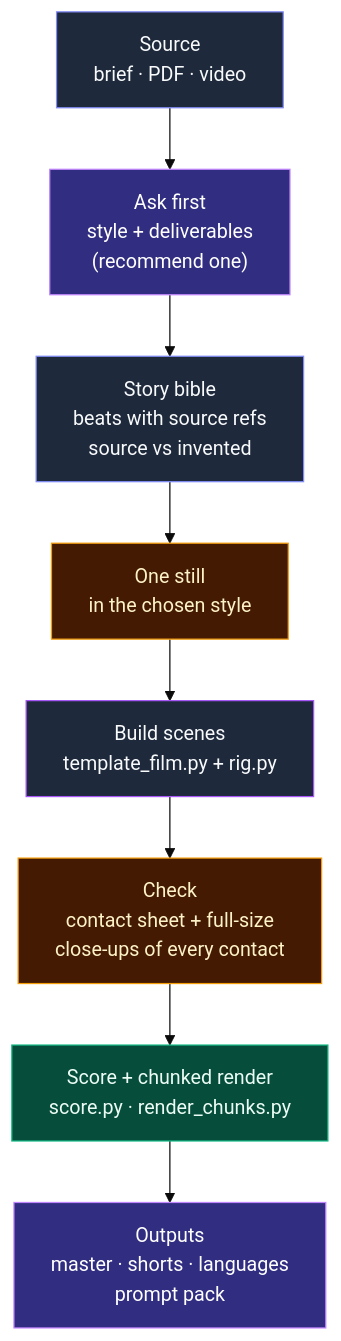
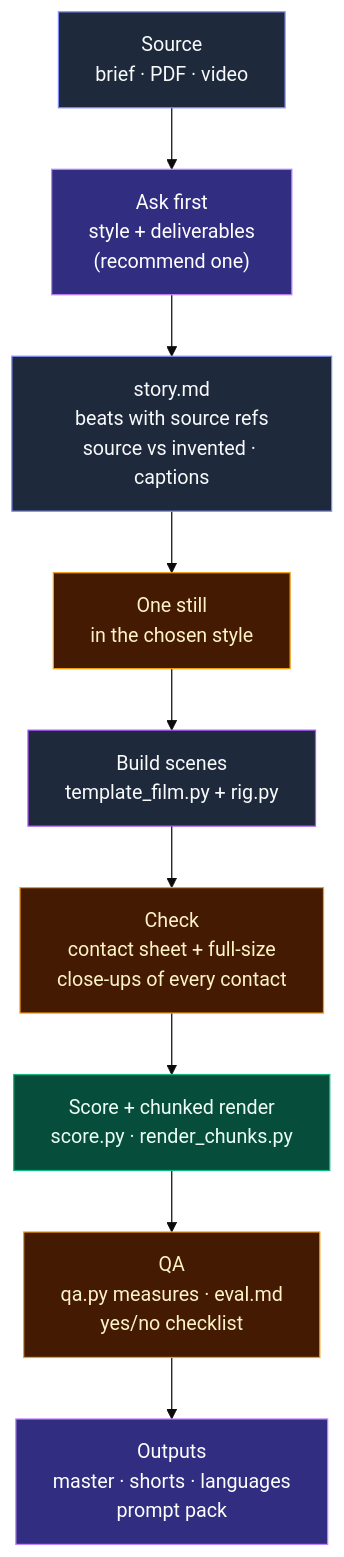
Before and after one commit to Laksh-star/agent-skills: the diagram in docs/story-to-animated-film.md, drawn with Mermaid (base theme). The commit also changed other lines of this file and 21 other files, not shown here.

First line of the commit message:
Add story.md project file, QA script, eval checklist and craft rules

````diff
--- a/docs/story-to-animated-film.md
+++ b/docs/story-to-animated-film.md
@@ -38,19 +38,21 @@
 ```mermaid
 flowchart TD
     S["Source<br/>brief · PDF · video"] --> Q["Ask first<br/>style + deliverables<br/>(recommend one)"]
-    Q --> B["Story bible<br/>beats with source refs<br/>source vs invented"]
+    Q --> B["story.md<br/>beats with source refs<br/>source vs invented · captions"]
     B --> V["One still<br/>in the chosen style"]
     V --> F["Build scenes<br/>template_film.py + rig.py"]
     F --> C["Check<br/>contact sheet + full-size<br/>close-ups of every contact"]
     C --> R["Score + chunked render<br/>score.py · render_chunks.py"]
-    R --> O["Outputs<br/>master · shorts · languages<br/>prompt pack"]
+    R --> QA["QA<br/>qa.py measures · eval.md<br/>yes/no checklist"]
+    QA --> O["Outputs<br/>master · shorts · languages<br/>prompt pack"]
 
     style S fill:#1e293b,stroke:#818cf8,color:#f8fafc
     style Q fill:#312e81,stroke:#c084fc,color:#ffffff
     style B fill:#1e293b,stroke:#818cf8,color:#f8fafc
     style V fill:#451a03,stroke:#f59e0b,color:#fef3c7
     style F fill:#1e293b,stroke:#a855f7,color:#f8fafc
     style C fill:#451a03,stroke:#f59e0b,color:#fef3c7
     style R fill:#064e3b,stroke:#10b981,color:#ecfdf5
+    style QA fill:#451a03,stroke:#f59e0b,color:#fef3c7
     style O fill:#312e81,stroke:#c084fc,color:#ffffff
 ```
````
